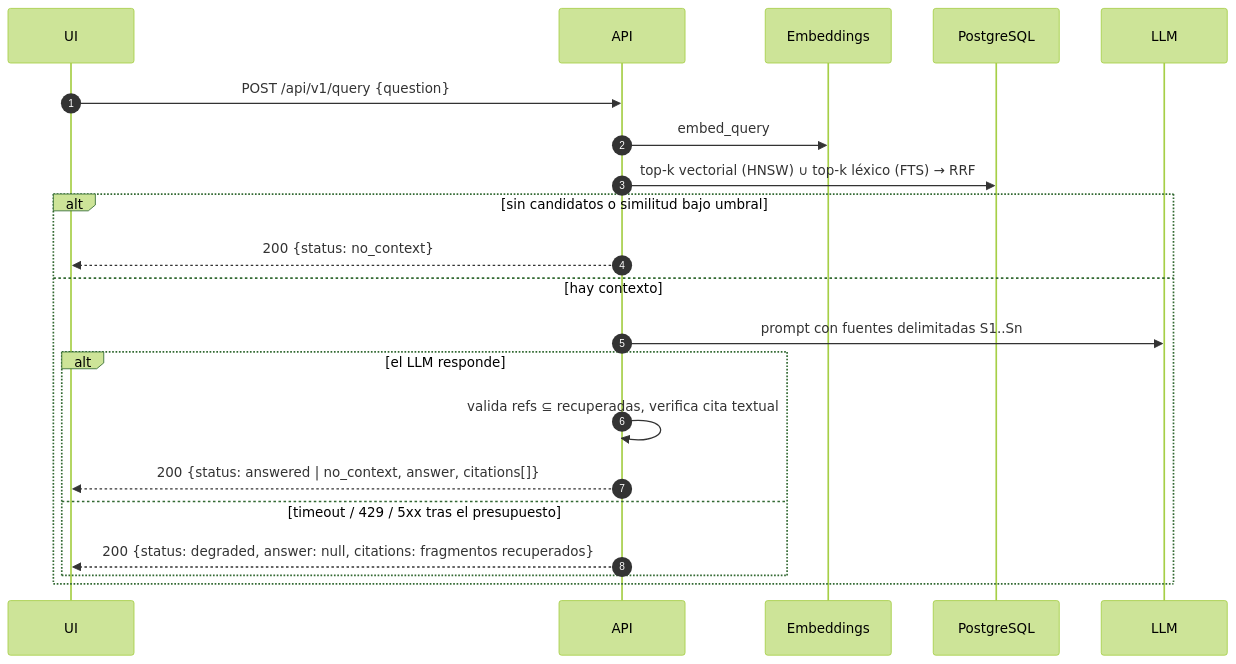
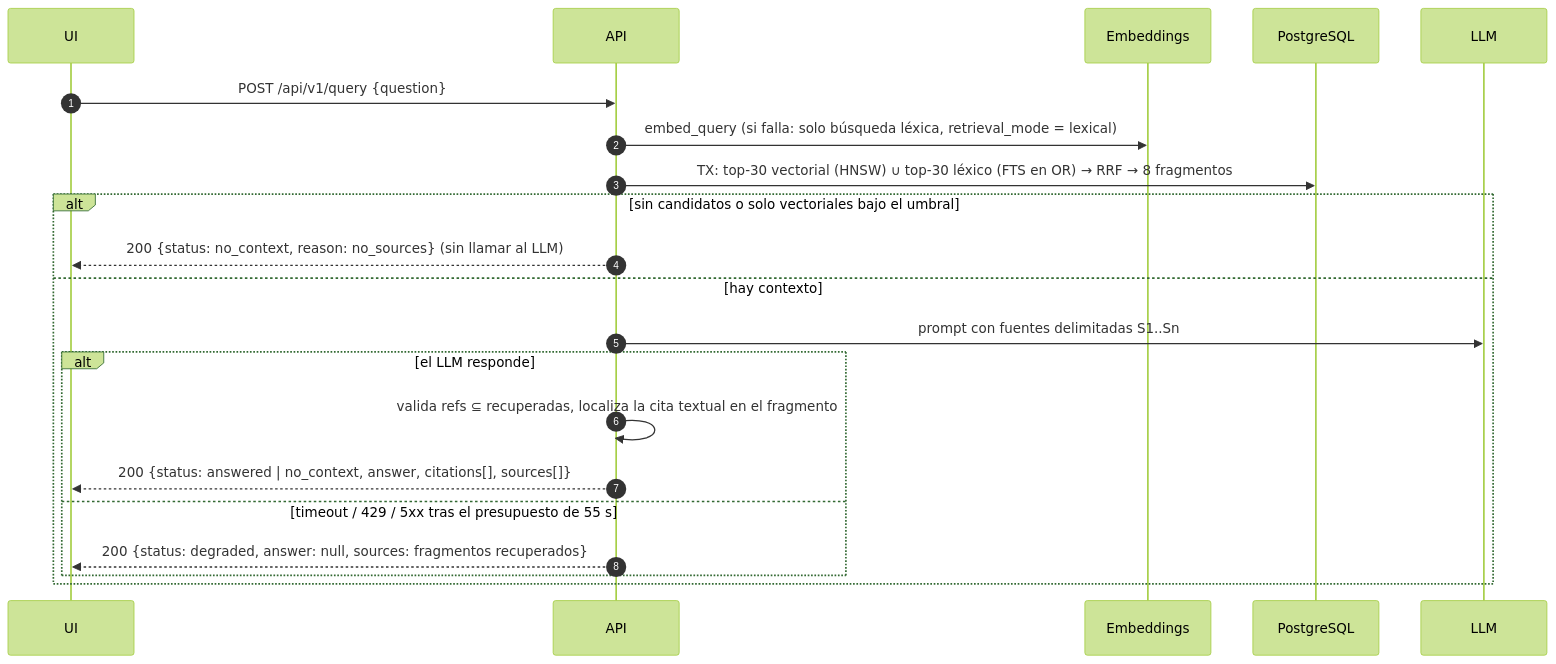
Before and after one commit to alayoalex/NorteLegalRAG: the sixth of 6 diagrams in docs/architecture.md, drawn with Mermaid (forest theme). The commit also changed 39 other files, not shown here.

````diff
--- a/docs/architecture.md
+++ b/docs/architecture.md
@@ -154,23 +154,23 @@
 ```mermaid
 sequenceDiagram
     autonumber
     participant UI
     participant API
     participant E as Embeddings
     participant PG as PostgreSQL
     participant L as LLM
     UI->>API: POST /api/v1/query {question}
-    API->>E: embed_query
-    API->>PG: top-k vectorial (HNSW) ∪ top-k léxico (FTS) → RRF
-    alt sin candidatos o similitud bajo umbral
-        API-->>UI: 200 {status: no_context}
+    API->>E: embed_query (si falla: solo búsqueda léxica, retrieval_mode = lexical)
+    API->>PG: TX: top-30 vectorial (HNSW) ∪ top-30 léxico (FTS en OR) → RRF → 8 fragmentos
+    alt sin candidatos o solo vectoriales bajo el umbral
+        API-->>UI: 200 {status: no_context, reason: no_sources}  (sin llamar al LLM)
     else hay contexto
         API->>L: prompt con fuentes delimitadas S1..Sn
         alt el LLM responde
-            API->>API: valida refs ⊆ recuperadas, verifica cita textual
-            API-->>UI: 200 {status: answered | no_context, answer, citations[]}
-        else timeout / 429 / 5xx tras el presupuesto
-            API-->>UI: 200 {status: degraded, answer: null, citations: fragmentos recuperados}
+            API->>API: valida refs ⊆ recuperadas, localiza la cita textual en el fragmento
+            API-->>UI: 200 {status: answered | no_context, answer, citations[], sources[]}
+        else timeout / 429 / 5xx tras el presupuesto de 55 s
+            API-->>UI: 200 {status: degraded, answer: null, sources: fragmentos recuperados}
         end
     end
 ```
````
